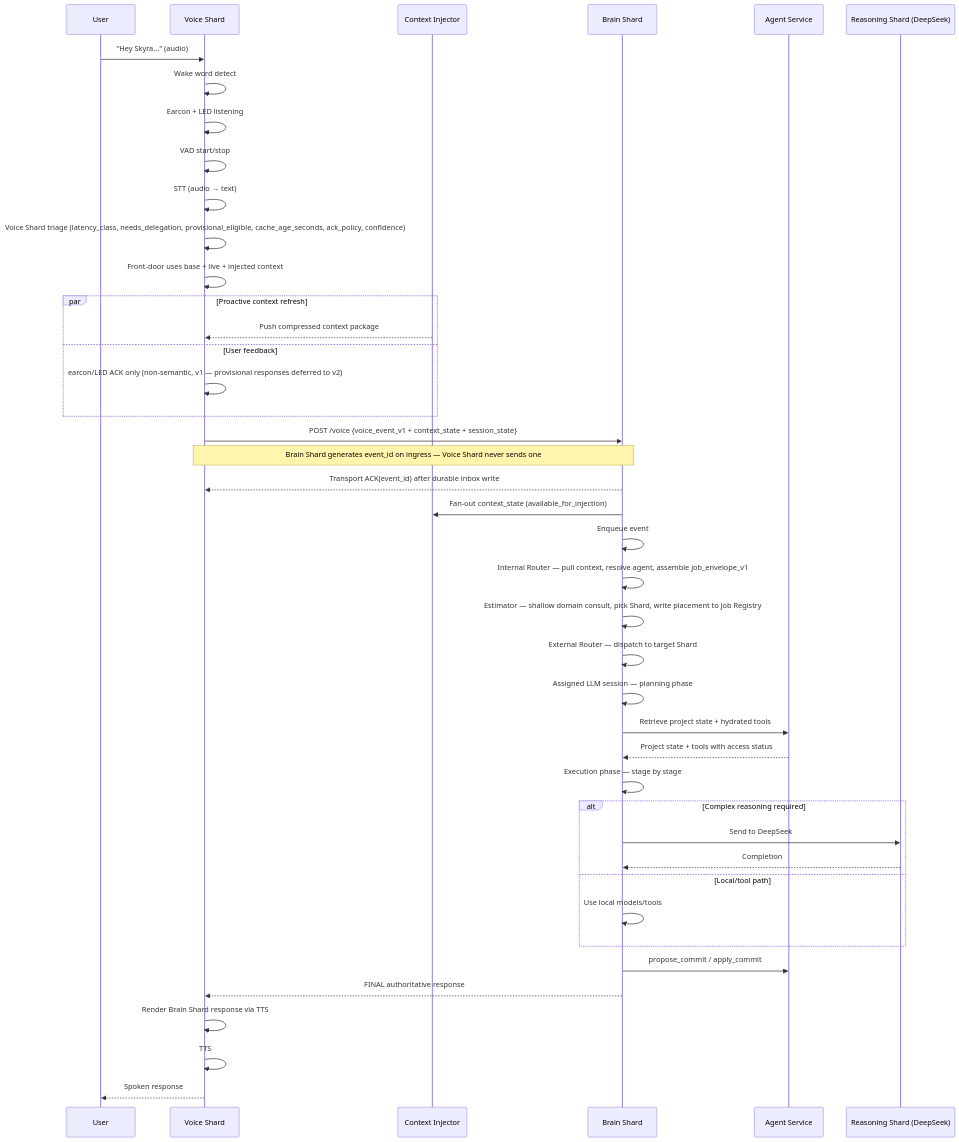
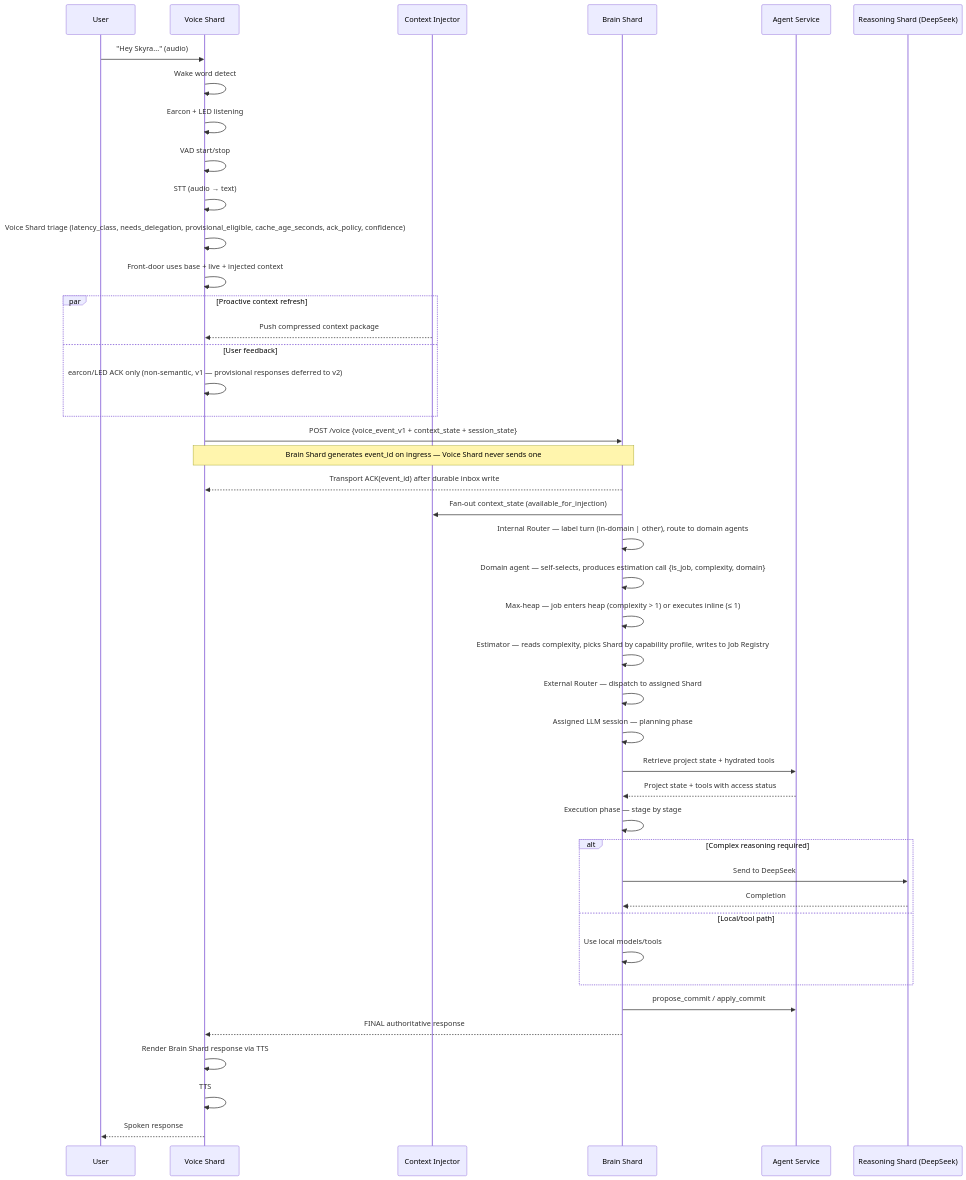
One commit to m-scanlon/tony-stark-was-able-tobuild-this-in-a-cave changed the third of 3 diagrams in docs/arch/v1/scyra.md. Above: the diagram before and after it, drawn with Mermaid. The commit also changed other lines of this file, not shown here.

First line of the commit message:
Update scyra.md — align pipeline sections with revised architecture

````diff
--- a/docs/arch/v1/scyra.md
+++ b/docs/arch/v1/scyra.md
@@ -437,47 +439,48 @@
 ```mermaid
 sequenceDiagram
   participant User
   participant Pi as Voice Shard
   participant CIX as Context Injector
   participant Mac as Brain Shard
   participant PROJ as Agent Service
   participant GPU as Reasoning Shard (DeepSeek)
 
   User->>Pi: "Hey Skyra..." (audio)
   Pi->>Pi: Wake word detect
   Pi->>Pi: Earcon + LED listening
   Pi->>Pi: VAD start/stop
   Pi->>Pi: STT (audio → text)
   Pi->>Pi: Voice Shard triage (latency_class, needs_delegation, provisional_eligible, cache_age_seconds, ack_policy, confidence)
   Pi->>Pi: Front-door uses base + live + injected context
   par Proactive context refresh
     CIX-->>Pi: Push compressed context package
   and User feedback
     Pi->>Pi: earcon/LED ACK only (non-semantic, v1 — provisional responses deferred to v2)
   end
 
   Pi->>Mac: POST /voice {voice_event_v1 + context_state + session_state}
   Note over Pi,Mac: Brain Shard generates event_id on ingress — Voice Shard never sends one
   Mac-->>Pi: Transport ACK(event_id) after durable inbox write
   Mac->>CIX: Fan-out context_state (available_for_injection)
 
-  Mac->>Mac: Enqueue event
-  Mac->>Mac: Internal Router — pull context, resolve agent, assemble job_envelope_v1
-  Mac->>Mac: Estimator — shallow domain consult, pick Shard, write placement to Job Registry
-  Mac->>Mac: External Router — dispatch to target Shard
+  Mac->>Mac: Internal Router — label turn (in-domain | other), route to domain agents
+  Mac->>Mac: Domain agent — self-selects, produces estimation call {is_job, complexity, domain}
+  Mac->>Mac: Max-heap — job enters heap (complexity > 1) or executes inline (≤ 1)
+  Mac->>Mac: Estimator — reads complexity, picks Shard by capability profile, writes to Job Registry
+  Mac->>Mac: External Router — dispatch to assigned Shard
   Mac->>Mac: Assigned LLM session — planning phase
   Mac->>PROJ: Retrieve project state + hydrated tools
   PROJ-->>Mac: Project state + tools with access status
   Mac->>Mac: Execution phase — stage by stage
   alt Complex reasoning required
     Mac->>GPU: Send to DeepSeek
     GPU-->>Mac: Completion
   else Local/tool path
     Mac->>Mac: Use local models/tools
   end
   Mac->>PROJ: propose_commit / apply_commit
   Mac-->>Pi: FINAL authoritative response
   Pi->>Pi: Render Brain Shard response via TTS
   Pi->>Pi: TTS
   Pi-->>User: Spoken response
 ```
````
